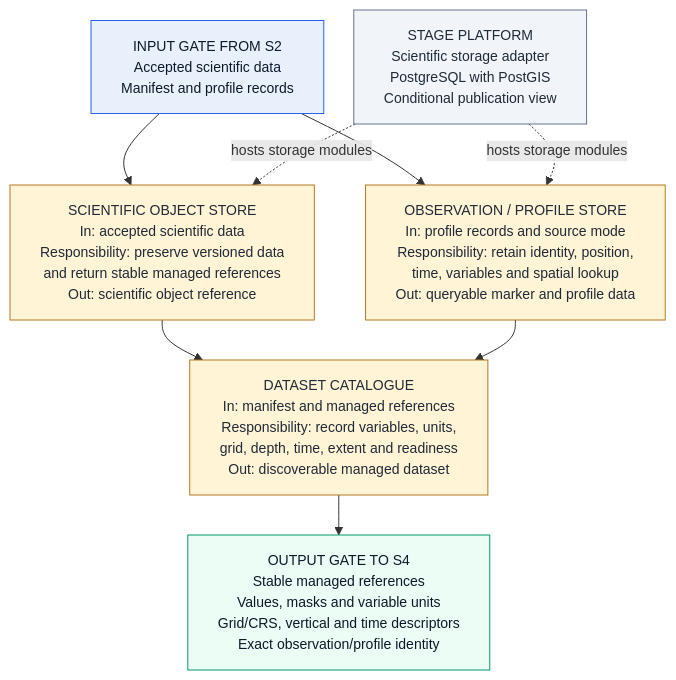
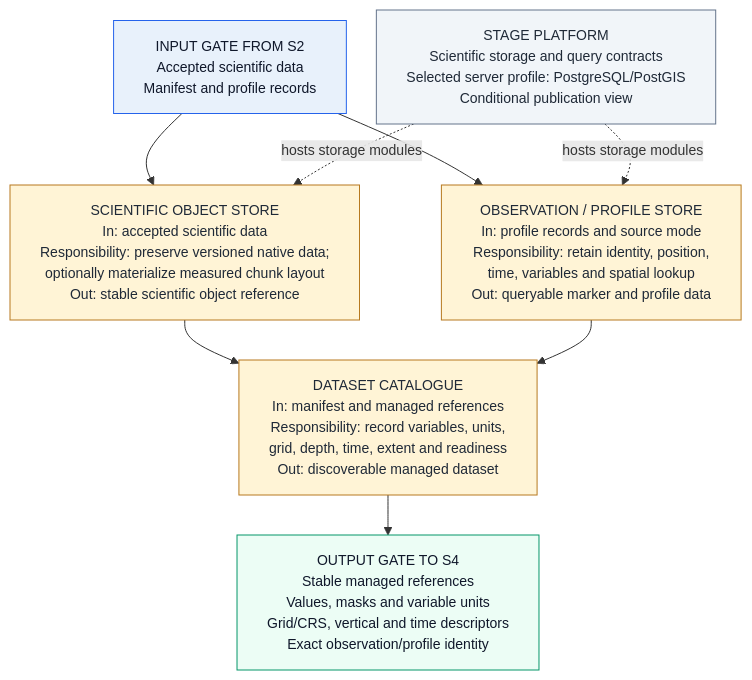
Before and after one commit to CSubham/incois-3d-ocean-visualization: the fourth of 10 diagrams in docs/architecture/LLD_INCOIS_3D_Ocean_Data_Visualization_System.md, drawn with Mermaid. The commit also changed other lines of this file and 2 other files, not shown here.

First line of the commit message:
Bring the LLD in line with the built contracts, and track the imap index

````diff
--- a/docs/architecture/LLD_INCOIS_3D_Ocean_Data_Visualization_System.md
+++ b/docs/architecture/LLD_INCOIS_3D_Ocean_Data_Visualization_System.md
@@ -114,23 +156,23 @@
 ```mermaid
 %%{init: {"flowchart": {"wrappingWidth": 380, "rankSpacing": 40, "nodeSpacing": 30}, "themeVariables": {"fontSize": "14px"}}}%%
 flowchart TB
     IN["INPUT GATE FROM S2<br/>Accepted scientific data<br/>Manifest and profile records"]:::gate
-    P["STAGE PLATFORM<br/>Scientific storage adapter<br/>PostgreSQL with PostGIS<br/>Conditional publication view"]:::plat
-    M1["SCIENTIFIC OBJECT STORE<br/>In: accepted scientific data<br/>Responsibility: preserve versioned data<br/>and return stable managed references<br/>Out: scientific object reference"]:::mod
+    P["STAGE PLATFORM<br/>Scientific storage and query contracts<br/>Selected server profile: PostgreSQL/PostGIS<br/>Conditional publication view"]:::plat
+    M1["SCIENTIFIC OBJECT STORE<br/>In: accepted scientific data<br/>Responsibility: preserve versioned native data;<br/>optionally materialize measured chunk layout<br/>Out: stable scientific object reference"]:::mod
     M2["OBSERVATION / PROFILE STORE<br/>In: profile records and source mode<br/>Responsibility: retain identity, position,<br/>time, variables and spatial lookup<br/>Out: queryable marker and profile data"]:::mod
     M3["DATASET CATALOGUE<br/>In: manifest and managed references<br/>Responsibility: record variables, units,<br/>grid, depth, time, extent and readiness<br/>Out: discoverable managed dataset"]:::mod
     OUT["OUTPUT GATE TO S4<br/>Stable managed references<br/>Values, masks and variable units<br/>Grid/CRS, vertical and time descriptors<br/>Exact observation/profile identity"]:::out
 
     IN --> M1
     IN --> M2
     P -.->|"hosts storage modules"| M1
     P -.->|"hosts storage modules"| M2
     M1 --> M3
     M2 --> M3
     M3 --> OUT
 
     classDef gate fill:#E8F1FB,stroke:#2563EB,color:#0F172A;
     classDef mod fill:#FFF4D6,stroke:#B7791F,color:#1F2937;
     classDef out fill:#ECFDF5,stroke:#059669,color:#0F172A;
     classDef plat fill:#F1F5F9,stroke:#64748B,color:#1F2937;
 ```
````
